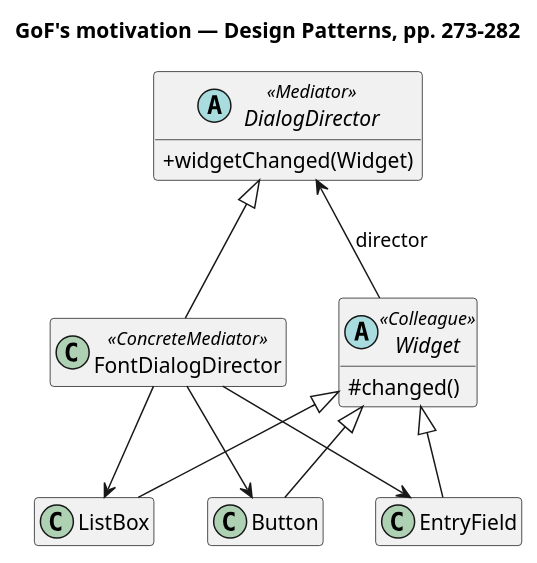
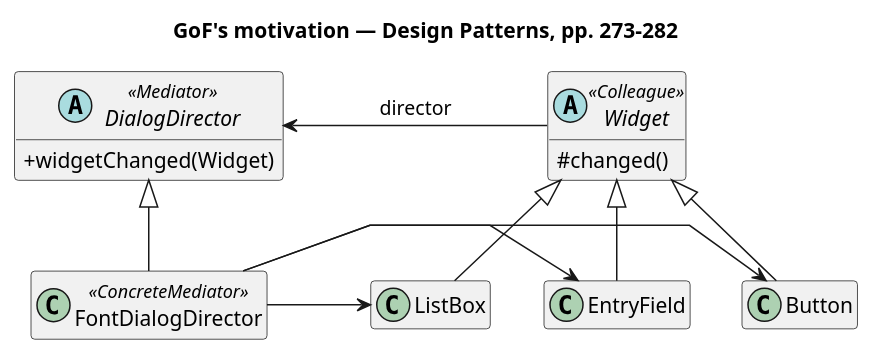
One commit to kaldiroglu/DesignPatternsWithJava changed the diagram in src/main/java/dev/kaldiroglu/dp/behavioral/mediator/gof/uml/Mediator - Font Dialog (GoF) - Class Diagram.puml. Above: the diagram before and after it, drawn with PlantUML. The commit also changed 58 other files, not shown here.

Commit message:
Behavioral diagrams: each parent above and centered over its children, on one row, with straight lines; traffic CD.png shows the current design

```diff
--- a/src/main/java/dev/kaldiroglu/dp/behavioral/mediator/gof/uml/Mediator - Font Dialog (GoF) - Class Diagram.puml
+++ b/src/main/java/dev/kaldiroglu/dp/behavioral/mediator/gof/uml/Mediator - Font Dialog (GoF) - Class Diagram.puml
@@ -1,23 +1,24 @@
 @startuml "Mediator - Font Dialog (GoF) - Class Diagram"
+skinparam linetype polyline
 skinparam classAttributeIconSize 0
 hide empty members
 title GoF's motivation — Design Patterns, pp. 273-282
 abstract class DialogDirector <<Mediator>> {
   + widgetChanged(Widget)
 }
 abstract class Widget <<Colleague>> {
   # changed()
 }
 class FontDialogDirector <<ConcreteMediator>>
 class ListBox
 class EntryField
 class Button
 DialogDirector <|-- FontDialogDirector
 Widget <|-- ListBox
 Widget <|-- EntryField
 Widget <|-- Button
-Widget -left-> DialogDirector : director
-FontDialogDirector --> ListBox
-FontDialogDirector --> EntryField
-FontDialogDirector --> Button
+Widget -[norank]-> DialogDirector : director
+FontDialogDirector -[norank]-> ListBox
+FontDialogDirector -[norank]-> EntryField
+FontDialogDirector -[norank]-> Button
 @enduml
```
